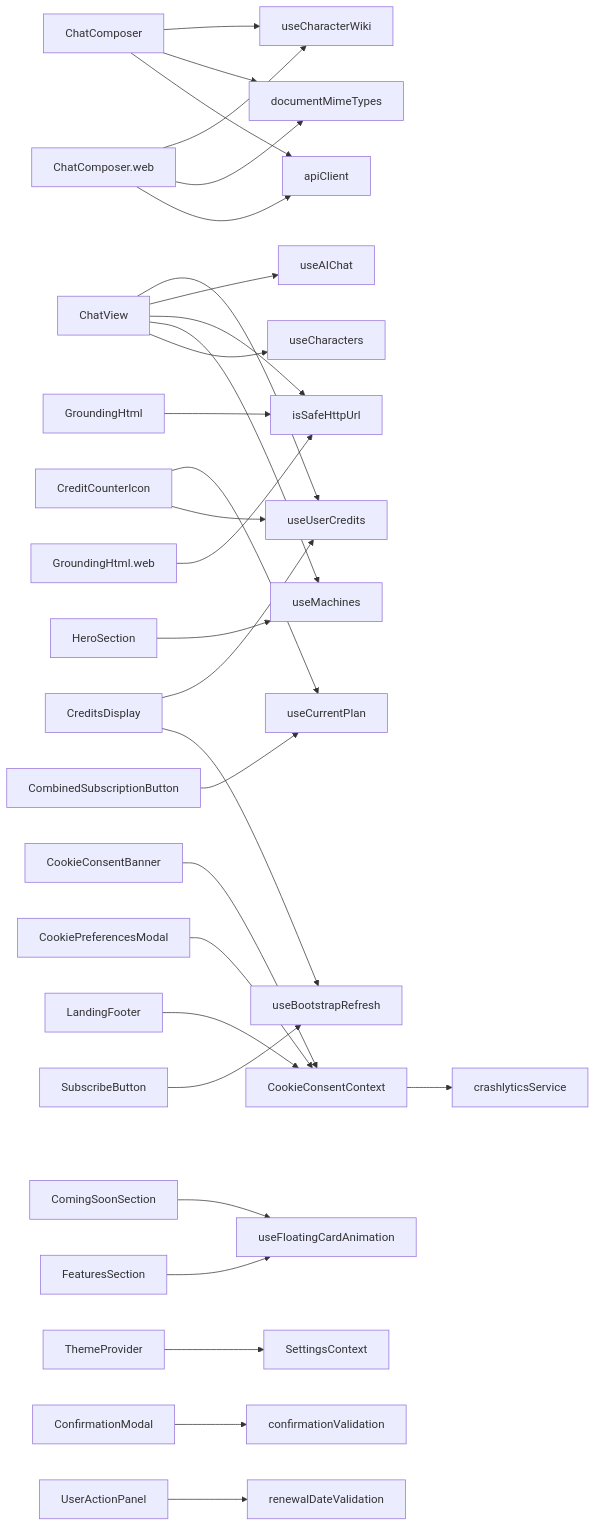
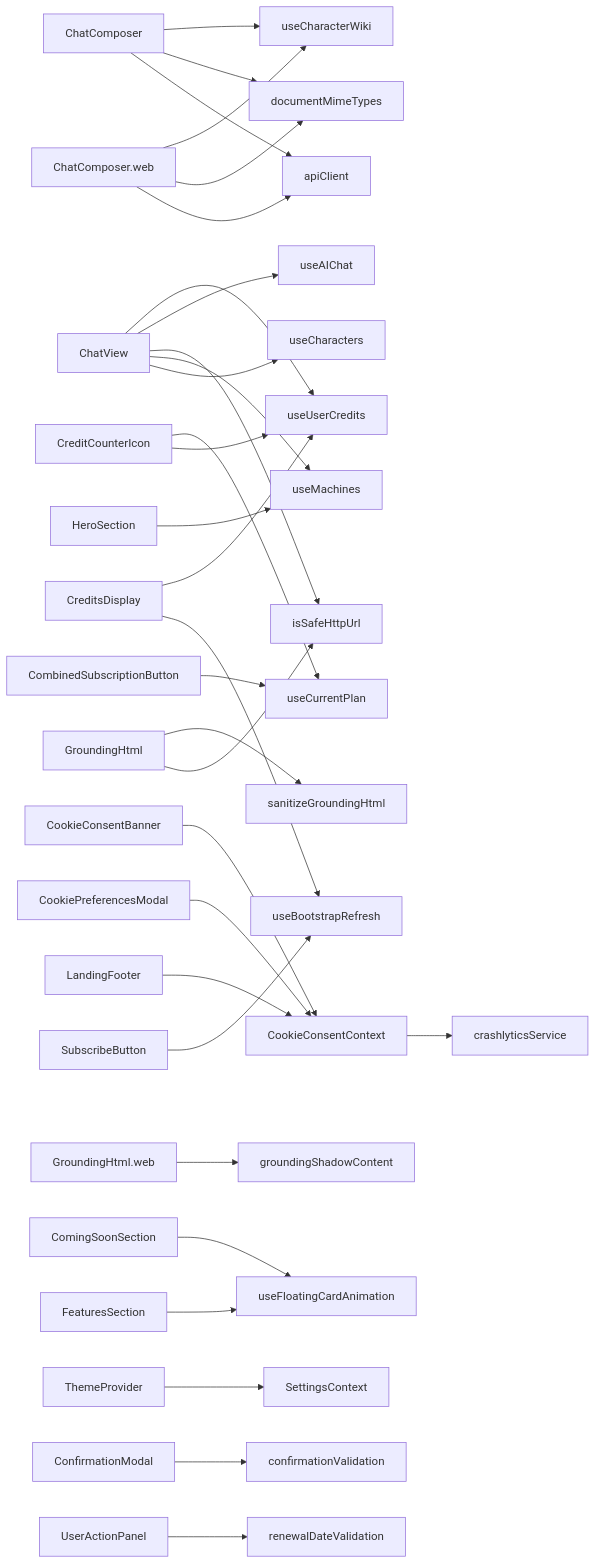
Before and after one commit to equationalapplications/clanker: the diagram in docs/flowcharts/COMPONENTS.md, drawn with Mermaid. The commit also changed 16 other files, not shown here.

First line of the commit message:
feat(cloud-agent): add WebSocket agent streaming with HTTP fallback

````diff
--- a/docs/flowcharts/COMPONENTS.md
+++ b/docs/flowcharts/COMPONENTS.md
@@ -4,32 +4,33 @@
 ```mermaid
 graph LR
   ChatComposer --> useCharacterWiki
   ChatComposer --> documentMimeTypes
   ChatComposer --> apiClient
   ChatComposer.web --> useCharacterWiki
   ChatComposer.web --> documentMimeTypes
   ChatComposer.web --> apiClient
   ChatView --> useUserCredits
   ChatView --> useAIChat
   ChatView --> isSafeHttpUrl
   ChatView --> useMachines
   ChatView --> useCharacters
   CombinedSubscriptionButton --> useCurrentPlan
   CookieConsentBanner --> CookieConsentContext
   CookieConsentContext --> crashlyticsService
   CookiePreferencesModal --> CookieConsentContext
   CreditCounterIcon --> useCurrentPlan
   CreditCounterIcon --> useUserCredits
   CreditsDisplay --> useUserCredits
   CreditsDisplay --> useBootstrapRefresh
+  GroundingHtml --> sanitizeGroundingHtml
   GroundingHtml --> isSafeHttpUrl
-  GroundingHtml.web --> isSafeHttpUrl
+  GroundingHtml.web --> groundingShadowContent
   ComingSoonSection --> useFloatingCardAnimation
   FeaturesSection --> useFloatingCardAnimation
   HeroSection --> useMachines
   LandingFooter --> CookieConsentContext
   SubscribeButton --> useBootstrapRefresh
   ThemeProvider --> SettingsContext
   ConfirmationModal --> confirmationValidation
   UserActionPanel --> renewalDateValidation
 ```
````
